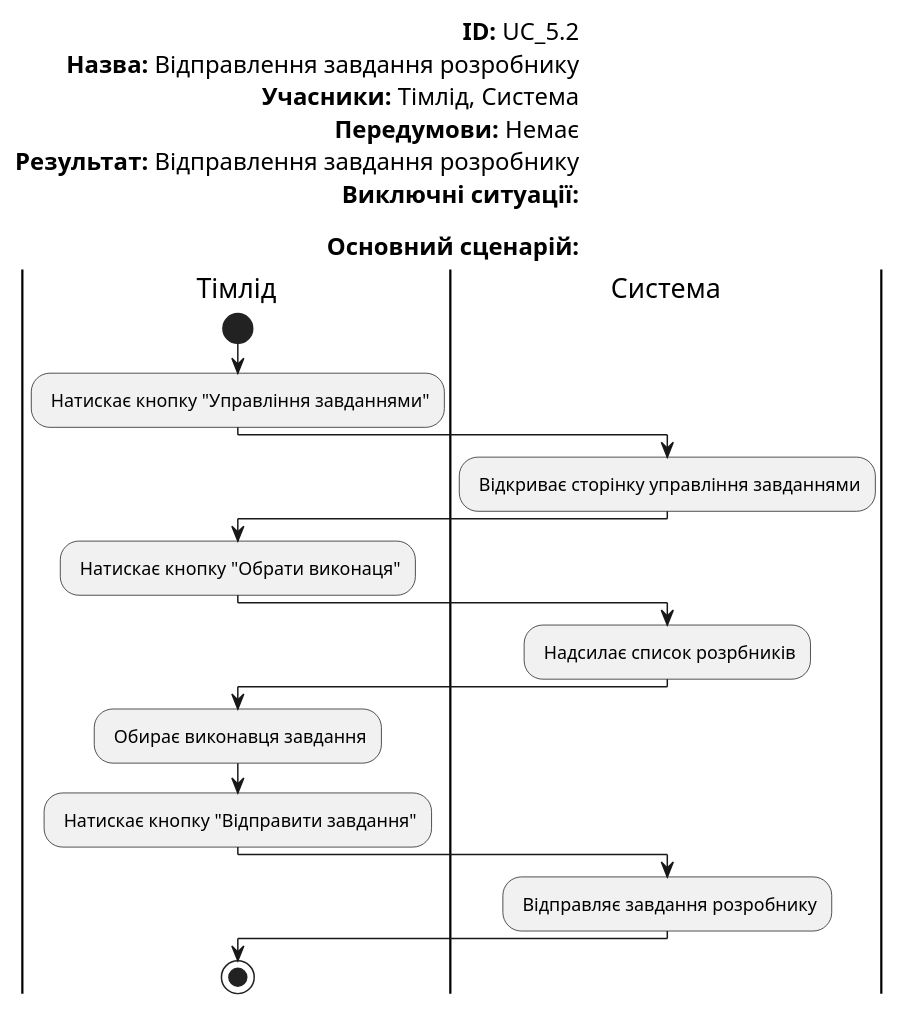
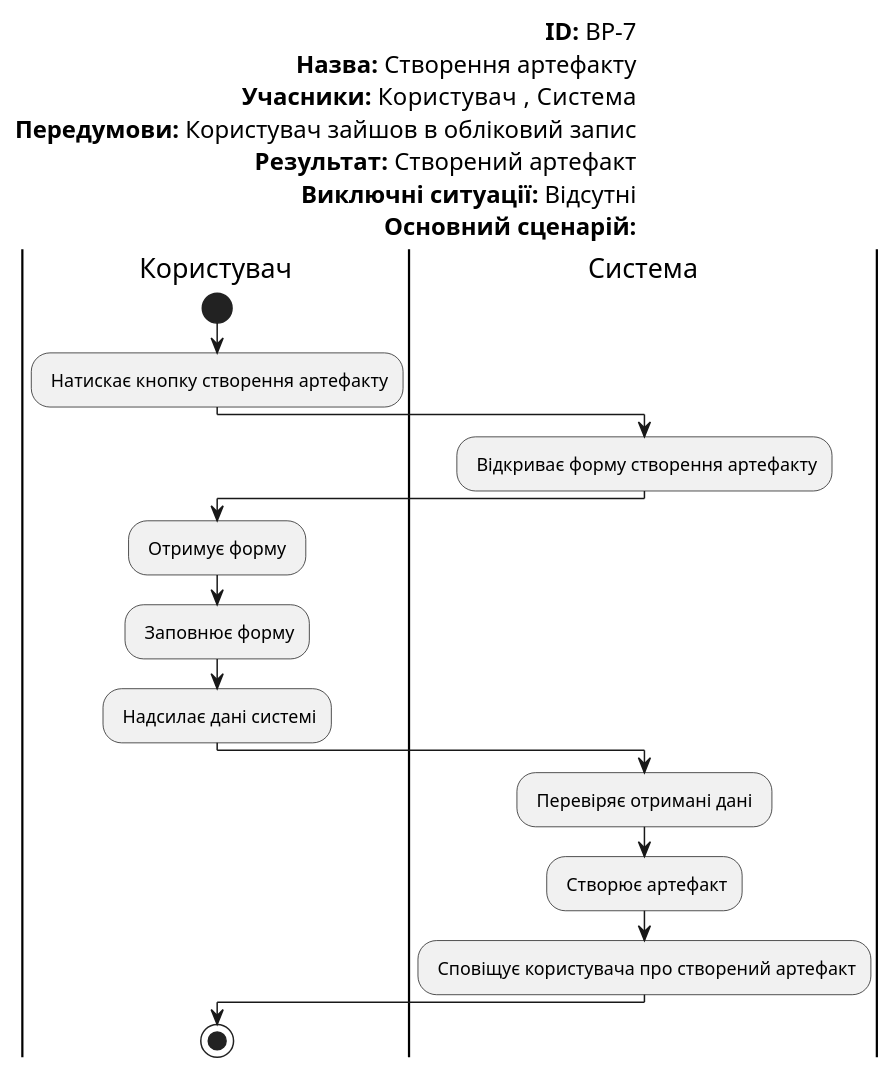
The ninth of 9 diagrams in docs/use cases/README.md (edu-db/edu_db_labs), drawn with PlantUML before and after one commit. The commit also changed other lines of this file, not shown here.

```diff
--- a/docs/use cases/README.md
+++ b/docs/use cases/README.md
@@ -593,30 +455,37 @@
 @startuml
 
-    left header
-    <font color=000 size=16><b>ID:</b> UC_5.2
-    <font color=000 size=16><b>Назва:</b> Відправлення завдання розробнику
-    <font color=000 size=16><b>Учасники:</b> Тімлід, Система
-    <font color=000 size=16><b>Передумови:</b> Немає
-    <font color=000 size=16><b>Результат:</b> Відправлення завдання розробнику
-    <font color=000 size=16><b>Виключні ситуації:</b>
-    
-    <font color=000 size=16><b>Основний сценарій:</b>
+  left header
+<font color=000 size=16><b>ID:</b> ВP-7
+<font color=000 size=16><b>Назва:</b> Створення артефакту
+<font color=000 size=16><b>Учасники:</b> Користувач  , Система
+<font color=000 size=16><b>Передумови:</b> Користувач зайшов в обліковий запис
+<font color=000 size=16><b>Результат:</b> Створений артефакт
+<font color=000 size=16><b>Виключні ситуації:</b> Відсутні
+<font color=000 size=16><b>Основний сценарій:</b>
 end header
 
-    |Тімлід|
-        start
-        : Натискає кнопку "Управління завданнями";
-    |Система|
-        : Відкриває сторінку управління завданнями;
-    |Тімлід|
-        : Натискає кнопку "Обрати виконаця";
-    |Система|   
-        : Надсилає список розрбників;
-    |Тімлід|
-        : Обирає виконавця завдання;
-        : Натискає кнопку "Відправити завдання";
-    |Система|   
-        : Відправляє завдання розробнику;
-    |Тімлід|
-        stop;
+|Користувач|
+    start
+    : Натискає кнопку створення артефакту;
+|Система|
+    : Відкриває форму створення артефакту;
+|Користувач|
+    : Отримує форму ;
+|Користувач|
+    : Заповнює форму;
+|Користувач|
+    : Надсилає дані системі;
+|Система|   
+    : Перевіряє отримані дані ;
+    
+
+
+    : Створює артефакт;
+ 
+    : Сповіщує користувача про створений артефакт;
+    
+  
+    
+|Користувач|
+    stop;
 @enduml
```
